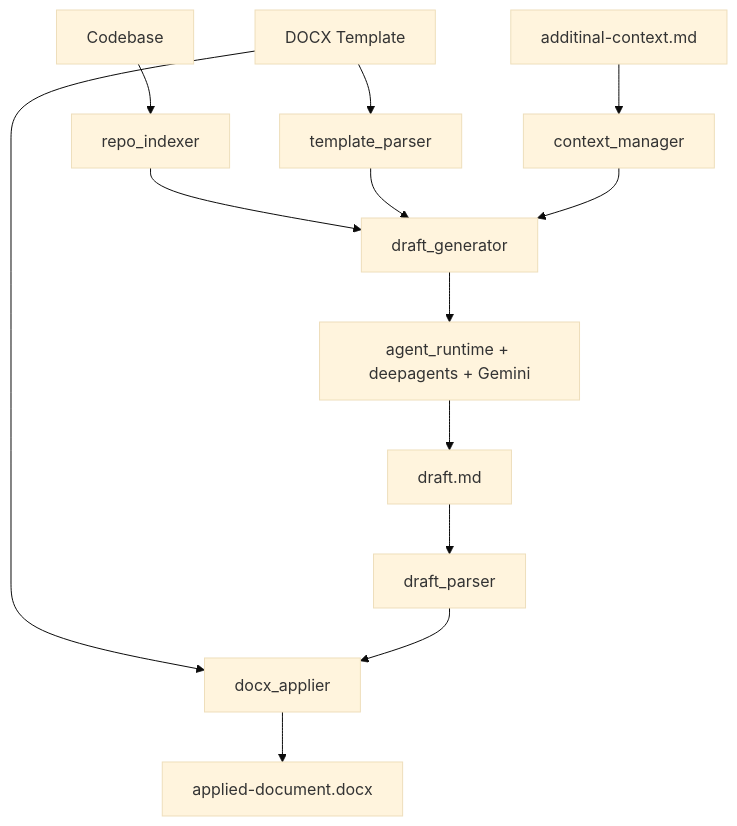
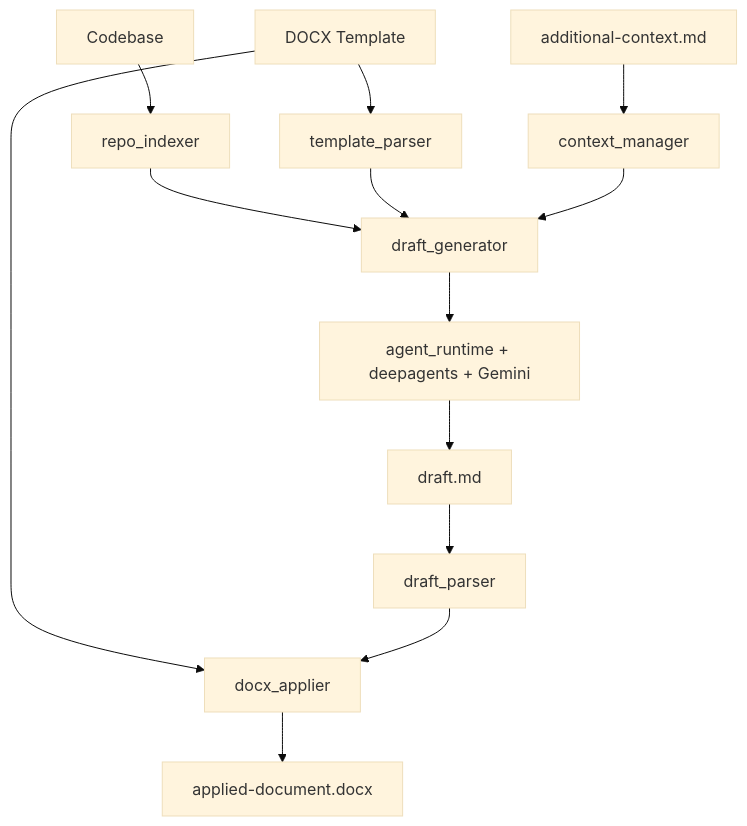
The first of 4 diagrams in README.md (gustavorubim/deepagent-model-document), drawn with Mermaid (base theme) before and after one commit. The commit also changed other lines of this file and 14 other files, not shown here.

First line of the commit message:
fix(cli): standardize additional-context filename handling

````diff
--- a/README.md
+++ b/README.md
@@ -27,15 +27,15 @@
 ```mermaid
 graph TD
   A[Codebase] --> B[repo_indexer]
   T[DOCX Template] --> C[template_parser]
-  X[additinal-context.md] --> D[context_manager]
+  X[additional-context.md] --> D[context_manager]
   B --> E[draft_generator]
   C --> E
   D --> E
   E --> F[agent_runtime + deepagents + Gemini]
   F --> G[draft.md]
   G --> H[draft_parser]
   T --> I[docx_applier]
   H --> I
   I --> J[applied-document.docx]
 ```
````
